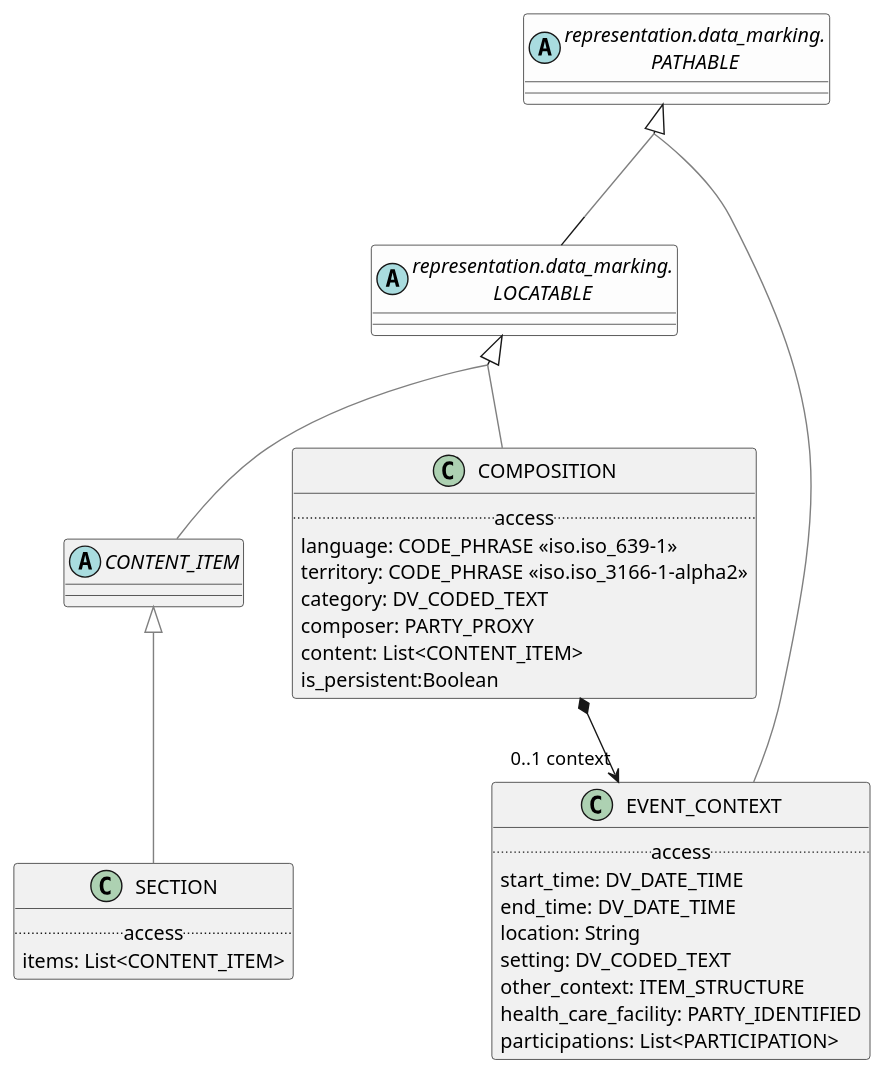
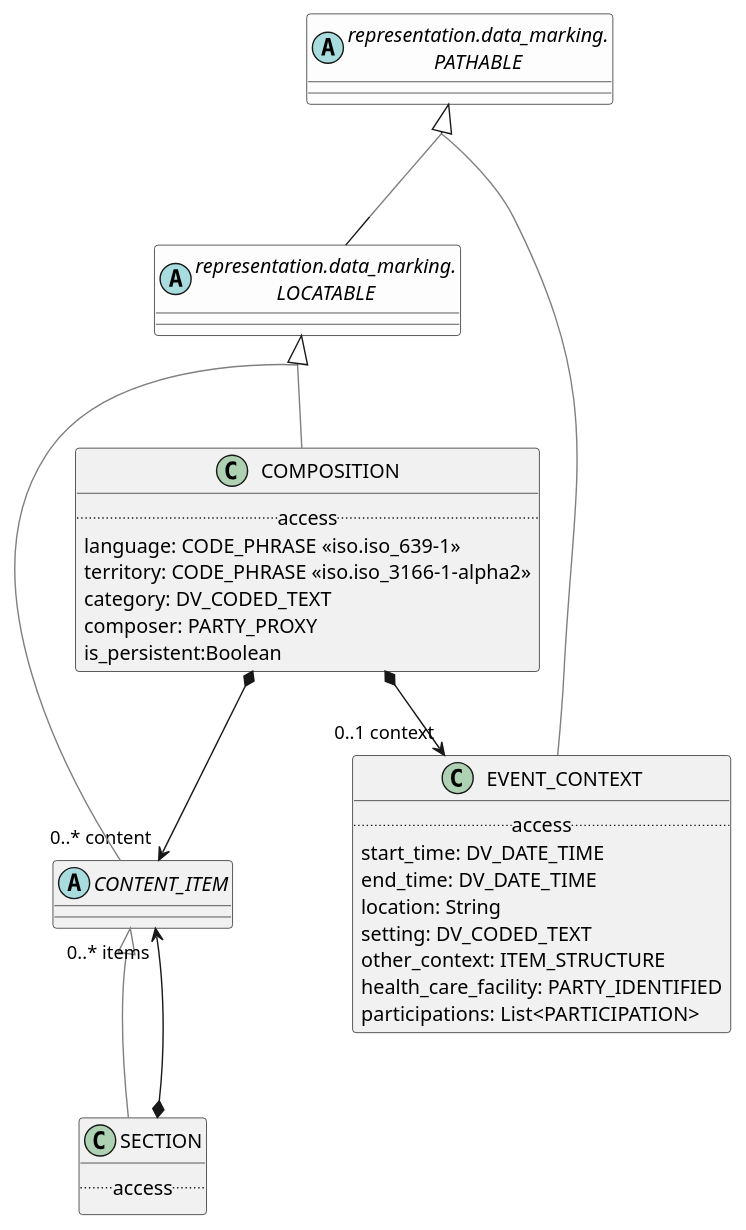
One commit to wolandscat/openehr-doc changed the diagram in modules/ROOT/examples/bmm/foundation/subject_record/composition/composition-package-uml.adoc. Above: the diagram before and after it, drawn with PlantUML. The commit also changed 26 other files, not shown here.

```diff
--- a/modules/ROOT/examples/bmm/foundation/subject_record/composition/composition-package-uml.adoc
+++ b/modules/ROOT/examples/bmm/foundation/subject_record/composition/composition-package-uml.adoc
@@ -3,56 +3,58 @@
 [plantuml,opts=interactive,link=self]
 ....
 skinparam groupInheritance 2
 skinparam citedClassColor #FDFDFD
 
 
 LOCATABLE -[#gray]up-|> PATHABLE  
 
 class COMPOSITION [[/openehr-doc/latest/foundation/subject_record-gen.html#_class_composition]] {
         .. access ..
         language: CODE_PHRASE «iso.iso_639-1»
         territory: CODE_PHRASE «iso.iso_3166-1-alpha2»
         category: DV_CODED_TEXT
         composer: PARTY_PROXY
-        content: List<CONTENT_ITEM>
         is_persistent:Boolean
 }
 
 COMPOSITION -[#gray]up-|> LOCATABLE  
 
 
 COMPOSITION *--> "0..1 context" EVENT_CONTEXT
 
+COMPOSITION *--> "0..* content" CONTENT_ITEM
+
 class SECTION [[/openehr-doc/latest/foundation/subject_record-gen.html#_class_section]] {
         .. access ..
-        items: List<CONTENT_ITEM>
 }
 
 SECTION -[#gray]up-|> CONTENT_ITEM  
 
+
+SECTION *--> "0..* items" CONTENT_ITEM
 
 class EVENT_CONTEXT [[/openehr-doc/latest/foundation/subject_record-gen.html#_class_event_context]] {
         .. access ..
         start_time: DV_DATE_TIME
         end_time: DV_DATE_TIME
         location: String
         setting: DV_CODED_TEXT
         other_context: ITEM_STRUCTURE
         health_care_facility: PARTY_IDENTIFIED
         participations: List<PARTICIPATION>
 }
 
 EVENT_CONTEXT -[#gray]up-|> PATHABLE  
 
 
 abstract class CONTENT_ITEM [[/openehr-doc/latest/foundation/subject_record-gen.html#_class_content_item]] {
 }
 
 CONTENT_ITEM -[#gray]up-|> LOCATABLE  
 
 abstract class "representation.data_marking.\nLOCATABLE" as LOCATABLE  [[/openehr-doc/latest/representation/data_marking-gen.html#_class_locatable]] #FDFDFD {
 }
 abstract class "representation.data_marking.\nPATHABLE" as PATHABLE  [[/openehr-doc/latest/representation/data_marking-gen.html#_class_pathable]] #FDFDFD {
 }
 
 ....
```
